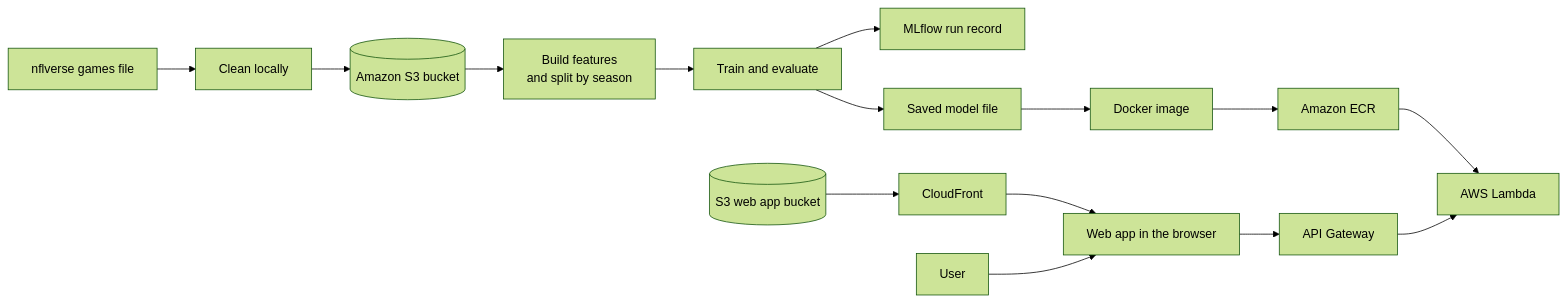
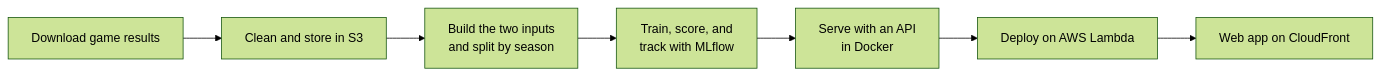
One commit to jconnors23/510-m3-nfl-prediction-analytics changed the diagram in docs/index.md. Above: the diagram before and after it, drawn with Mermaid (forest theme). The commit also changed other lines of this file and 27 other files, not shown here.

````diff
--- a/docs/index.md
+++ b/docs/index.md
@@ -33,17 +23,9 @@
 ```mermaid
 flowchart LR
-    A[nflverse games file] --> B[Clean locally]
-    B --> C[(Amazon S3 bucket)]
-    C --> D[Build features<br/>and split by season]
-    D --> E[Train and evaluate]
-    E --> F[MLflow run record]
-    E --> G[Saved model file]
-    G --> H[Docker image]
-    H --> I[Amazon ECR]
-    I --> J[AWS Lambda]
-    K[API Gateway] --> J
-    L[Web app in the browser] --> K
-    N[CloudFront] --> L
-    O[(S3 web app bucket)] --> N
-    M[User] --> L
+    A[Download game results] --> B[Clean and store in S3]
+    B --> C[Build the two inputs<br/>and split by season]
+    C --> D[Train, score, and<br/>track with MLflow]
+    D --> E[Serve with an API<br/>in Docker]
+    E --> F[Deploy on AWS Lambda]
+    F --> G[Web app on CloudFront]
 ```
````
